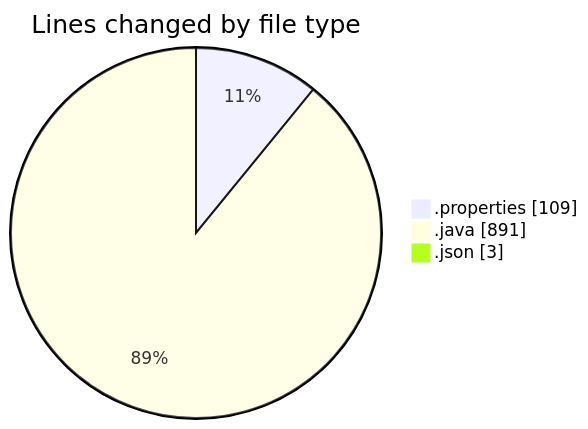
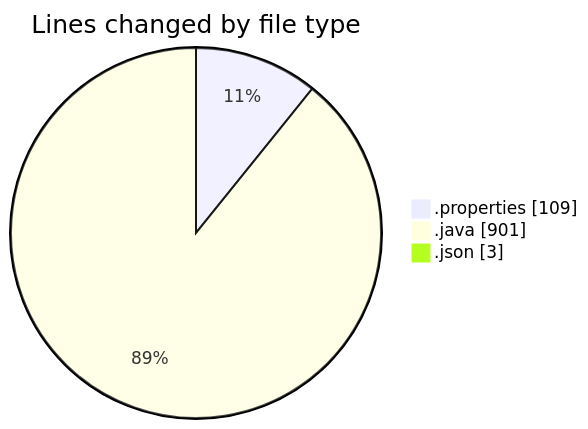
One commit to ricardozamudiocil/code-tracking changed the first of 2 diagrams in 2026-06-09/cilreports__workspace_/README.md. Above: the diagram before and after it, drawn with Mermaid. The commit also changed other lines of this file and 1 other file, not shown here.

````diff
--- a/2026-06-09/cilreports__workspace_/README.md
+++ b/2026-06-09/cilreports__workspace_/README.md
@@ -26,7 +26,7 @@
 ```mermaid
 pie showData
 title Lines changed by file type
 ".properties" : 109
-".java" : 891
+".java" : 901
 ".json" : 3
 ```
````
